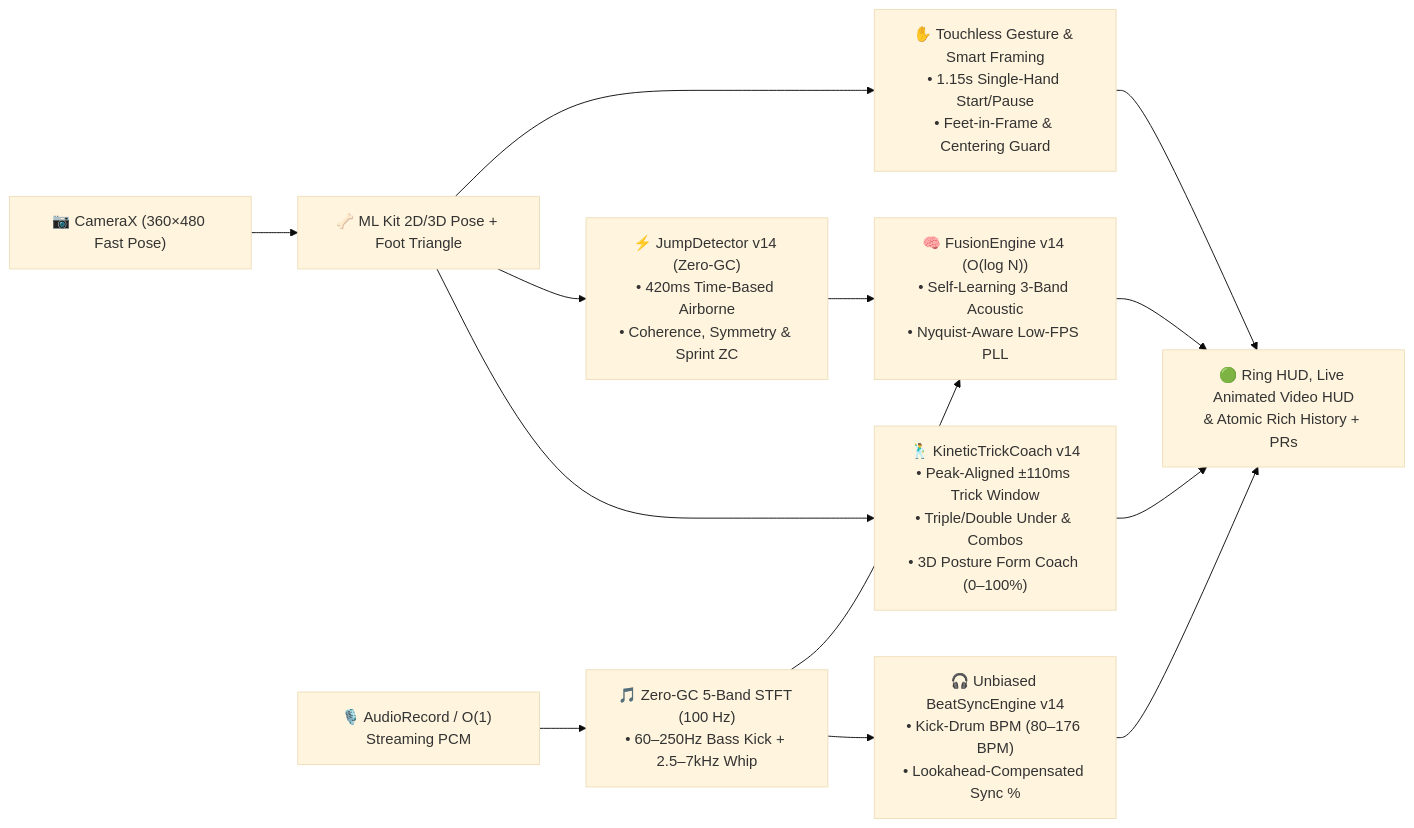
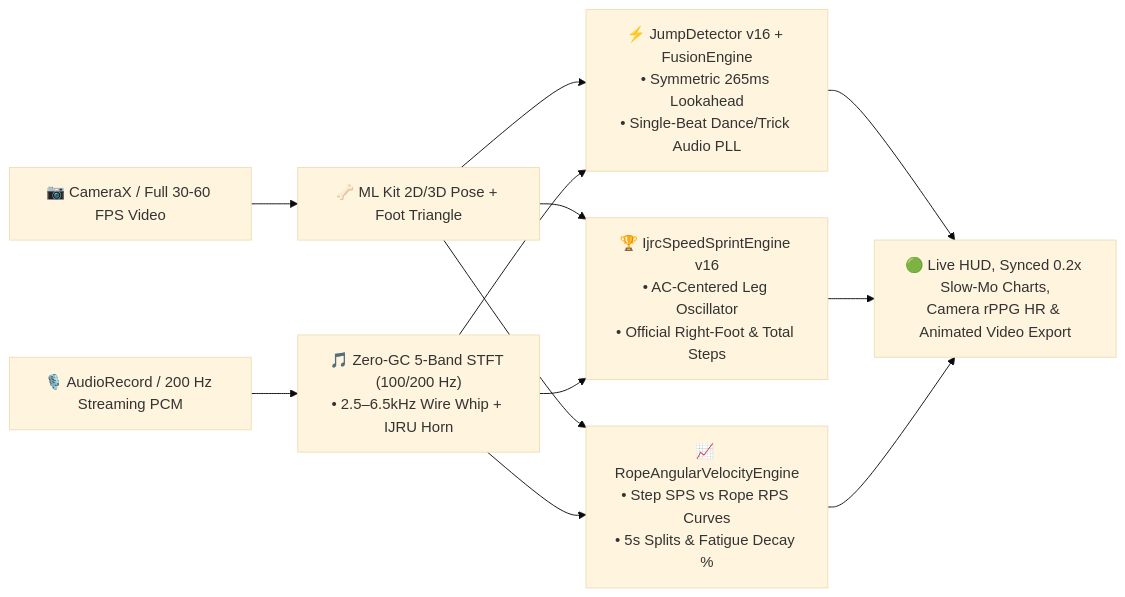
Before and after one commit to iganramdani/Jumpix: the diagram in README.md, drawn with Mermaid (base theme). The commit also changed other lines of this file and 29 other files, not shown here.

````diff
--- a/README.md
+++ b/README.md
@@ -117,15 +117,14 @@
 ```mermaid
 flowchart LR
-    CAM["📷 CameraX (360×480 Fast Pose)"] --> ML["🦴 ML Kit 2D/3D Pose + Foot Triangle"]
-    MIC["🎙️ AudioRecord / O(1) Streaming PCM"] --> STFT["🎵 Zero-GC 5-Band STFT (100 Hz)\n• 60–250Hz Bass Kick + 2.5–7kHz Whip"]
-    ML --> TG["✋ Touchless Gesture & Smart Framing\n• 1.15s Single-Hand Start/Pause\n• Feet-in-Frame & Centering Guard"]
-    ML --> JD["⚡ JumpDetector v14 (Zero-GC)\n• 420ms Time-Based Airborne\n• Coherence, Symmetry & Sprint ZC"]
-    STFT --> FE["🧠 FusionEngine v14 (O(log N))\n• Self-Learning 3-Band Acoustic\n• Nyquist-Aware Low-FPS PLL"]
-    JD --> FE
-    ML --> KT["🕺 KineticTrickCoach v14\n• Peak-Aligned ±110ms Trick Window\n• Triple/Double Under & Combos\n• 3D Posture Form Coach (0–100%)"]
-    STFT --> BS["🎧 Unbiased BeatSyncEngine v14\n• Kick-Drum BPM (80–176 BPM)\n• Lookahead-Compensated Sync %"]
-    FE --> UI["🟢 Ring HUD, Live Animated Video HUD\n& Atomic Rich History + PRs"]
-    KT --> UI
-    BS --> UI
-    TG --> UI
+    CAM["📷 CameraX / Full 30-60 FPS Video"] --> ML["🦴 ML Kit 2D/3D Pose + Foot Triangle"]
+    MIC["🎙️ AudioRecord / 200 Hz Streaming PCM"] --> STFT["🎵 Zero-GC 5-Band STFT (100/200 Hz)\n• 2.5–6.5kHz Wire Whip + IJRU Horn"]
+    ML --> JD["⚡ JumpDetector v16 + FusionEngine\n• Symmetric 265ms Lookahead\n• Single-Beat Dance/Trick Audio PLL"]
+    STFT --> JD
+    ML --> IJRC["🏆 IjrcSpeedSprintEngine v16\n• AC-Centered Leg Oscillator\n• Official Right-Foot & Total Steps"]
+    STFT --> IJRC
+    ML --> RV["📈 RopeAngularVelocityEngine\n• Step SPS vs Rope RPS Curves\n• 5s Splits & Fatigue Decay %"]
+    STFT --> RV
+    JD --> UI["🟢 Live HUD, Synced 0.2x Slow-Mo Charts,\nCamera rPPG HR & Animated Video Export"]
+    IJRC --> UI
+    RV --> UI
 ```
````
